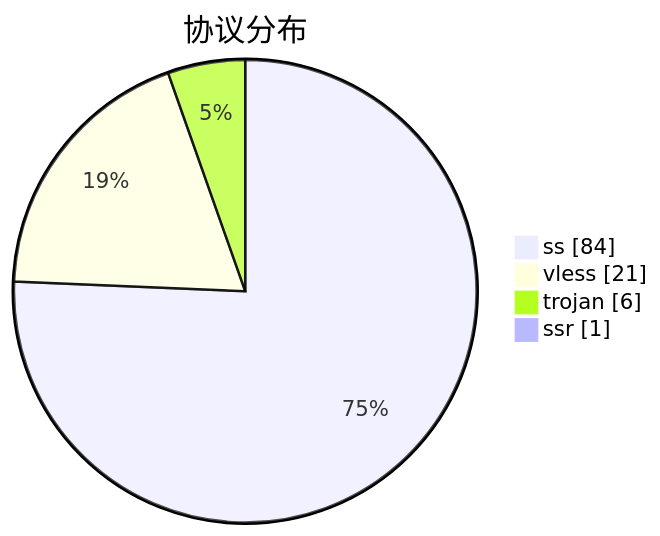
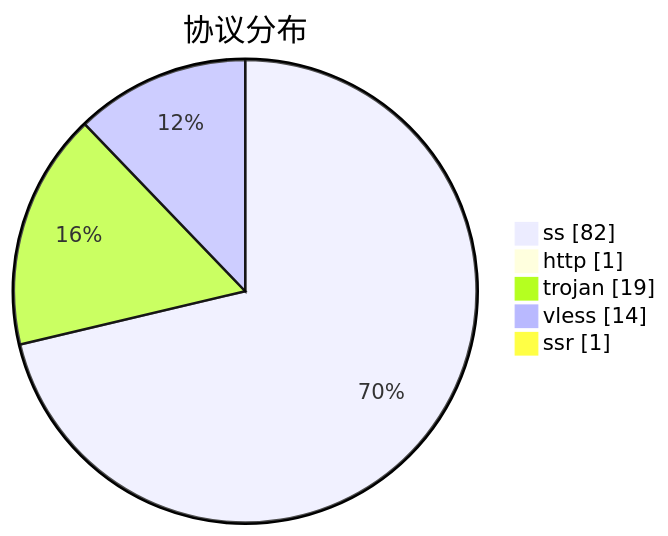
Before and after one commit to qjlxg/airport: the third of 3 diagrams in subs/statistics/tested_within.md, drawn with Mermaid. The commit also changed other lines of this file and 2 other files, not shown here.

````diff
--- a/subs/statistics/tested_within.md
+++ b/subs/statistics/tested_within.md
@@ -30,8 +35,9 @@
 ```mermaid
 pie showData
 title 协议分布
-"ss" : 84
-"vless" : 21
-"trojan" : 6
+"ss" : 82
+"http" : 1
+"trojan" : 19
+"vless" : 14
 "ssr" : 1
 ```
````
